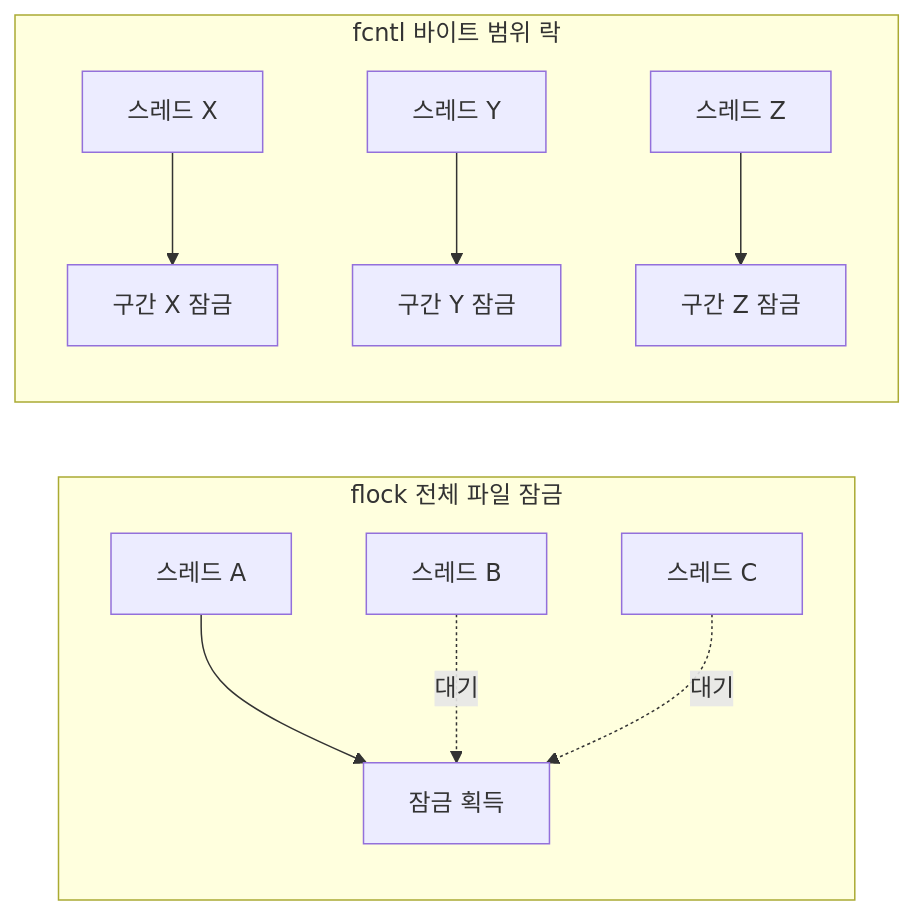
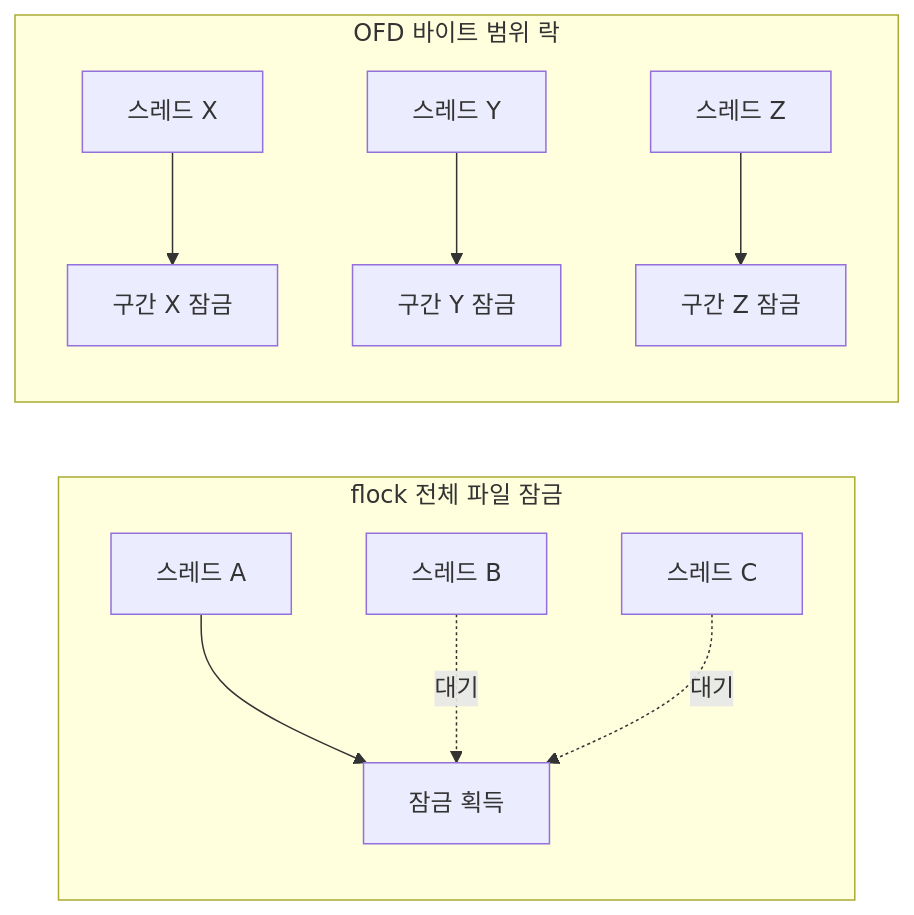
One commit to 42jerrykim/42jerrykim.github.io changed the diagram in content/collection/optimization-09-io-network/15-file-locking-performance/index.md. Above: the diagram before and after it, drawn with Mermaid. The commit also changed other lines of this file and 1 other file, not shown here.

````diff
--- a/content/collection/optimization-09-io-network/15-file-locking-performance/index.md
+++ b/content/collection/optimization-09-io-network/15-file-locking-performance/index.md
@@ -103,13 +103,13 @@
 ```mermaid
 flowchart LR
   subgraph wholeFile ["flock 전체 파일 잠금"]
     threadA["스레드 A"] --> lockAll["잠금 획득"]
     threadB["스레드 B"] -.대기.-> lockAll
     threadC["스레드 C"] -.대기.-> lockAll
   end
-  subgraph rangeLock ["fcntl 바이트 범위 락"]
+  subgraph rangeLock ["OFD 바이트 범위 락"]
     threadX["스레드 X"] --> lockRangeX["구간 X 잠금"]
     threadY["스레드 Y"] --> lockRangeY["구간 Y 잠금"]
     threadZ["스레드 Z"] --> lockRangeZ["구간 Z 잠금"]
   end
 ```
````
